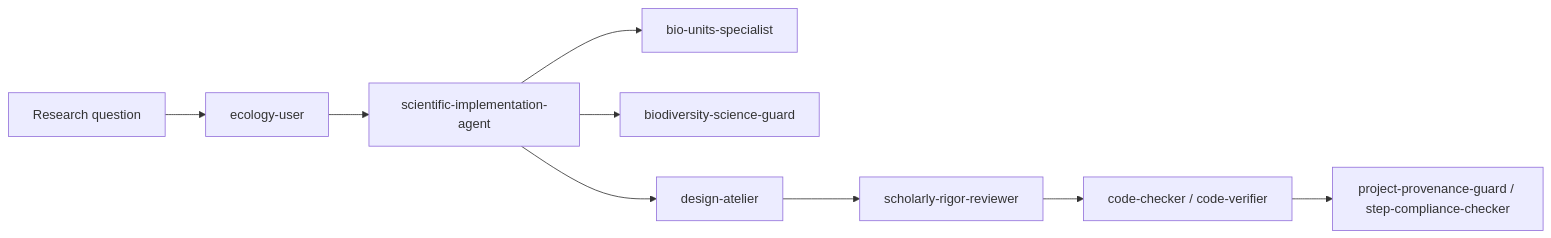
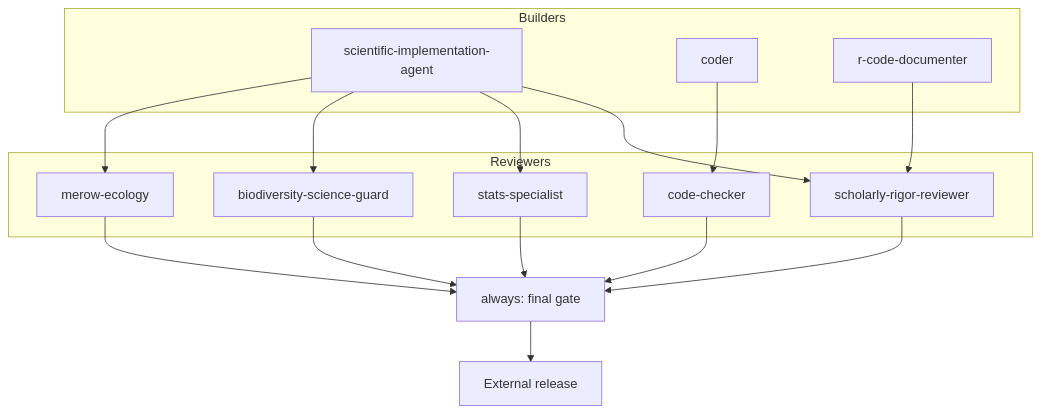
Before and after one commit to benquist/MacroecologyLab_Agents: the first of 2 diagrams in README.md, drawn with Mermaid. The commit also changed other lines of this file, not shown here.

Commit message:
Teaching README: multi-agent reviewed PhD-student guide

````diff
--- a/README.md
+++ b/README.md
@@ -79,11 +96,27 @@
 ```mermaid
-flowchart LR
-  Q[Research question] --> E[ecology-user]
-  E --> S[scientific-implementation-agent]
-  S --> U[bio-units-specialist]
-  S --> B[biodiversity-science-guard]
-  S --> D[design-atelier]
-  D --> R[scholarly-rigor-reviewer]
-  R --> C[code-checker / code-verifier]
-  C --> P[project-provenance-guard / step-compliance-checker]
+flowchart TD
+    subgraph Builders
+        B1[scientific-implementation-agent]
+        B2[coder]
+        B3[r-code-documenter]
+    end
+    subgraph Reviewers
+        R1[scholarly-rigor-reviewer]
+        R2[code-checker]
+        R3[stats-specialist]
+        R4[biodiversity-science-guard]
+        R5[merow-ecology]
+    end
+    B1 --> R1
+    B1 --> R3
+    B1 --> R4
+    B1 --> R5
+    B2 --> R2
+    B3 --> R1
+    R1 --> G[always: final gate]
+    R2 --> G
+    R3 --> G
+    R4 --> G
+    R5 --> G
+    G --> X[External release]
 ```
````
